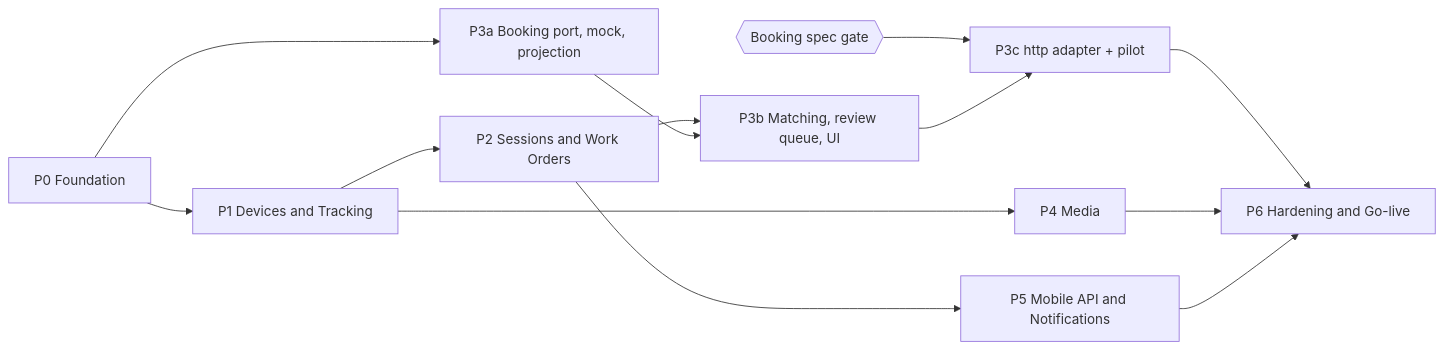
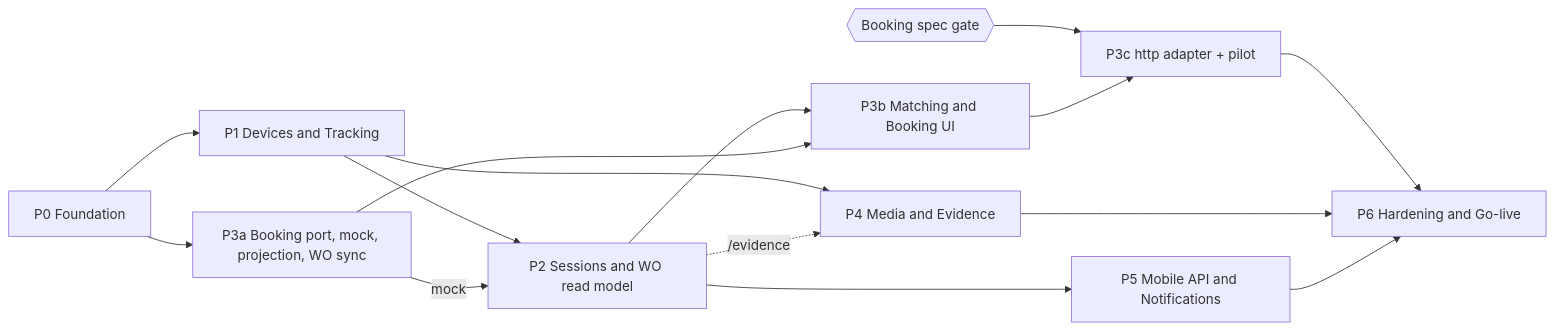
Before and after one commit to b-werayut/psd-bodycam-v1.0: the diagram in docs/blueprint/08-implementation-roadmap.md, drawn with Mermaid. The commit also changed other lines of this file and 304 other files, not shown here.

````diff
--- a/docs/blueprint/08-implementation-roadmap.md
+++ b/docs/blueprint/08-implementation-roadmap.md
@@ -9,15 +9,17 @@
 ```mermaid
 flowchart LR
   P0["P0 Foundation"] --> P1["P1 Devices and Tracking"]
-  P1 --> P2["P2 Sessions and Work Orders"]
-  P0 --> P3A["P3a Booking port, mock, projection"]
-  P2 --> P3B["P3b Matching, review queue, UI"]
+  P1 --> P2["P2 Sessions and WO read model"]
+  P0 --> P3A["P3a Booking port, mock, projection, WO sync"]
+  P3A -- "mock" --> P2
+  P2 --> P3B["P3b Matching and Booking UI"]
   P3A --> P3B
   GATE{{"Booking spec gate"}} --> P3C["P3c http adapter + pilot"]
   P3B --> P3C
-  P1 --> P4["P4 Media"]
+  P1 --> P4["P4 Media and Evidence"]
+  P2 -. "/evidence" .-> P4
   P2 --> P5["P5 Mobile API and Notifications"]
   P3C --> P6["P6 Hardening and Go-live"]
   P4 --> P6
   P5 --> P6
 ```
````
